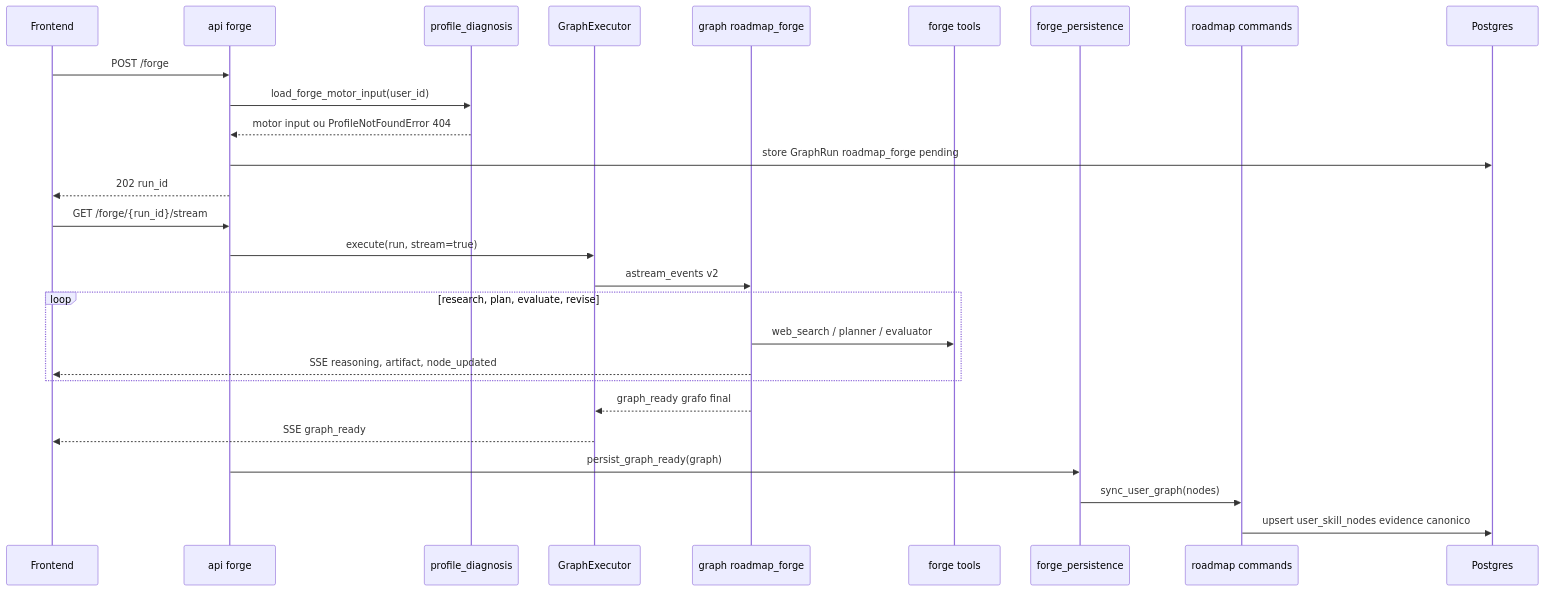
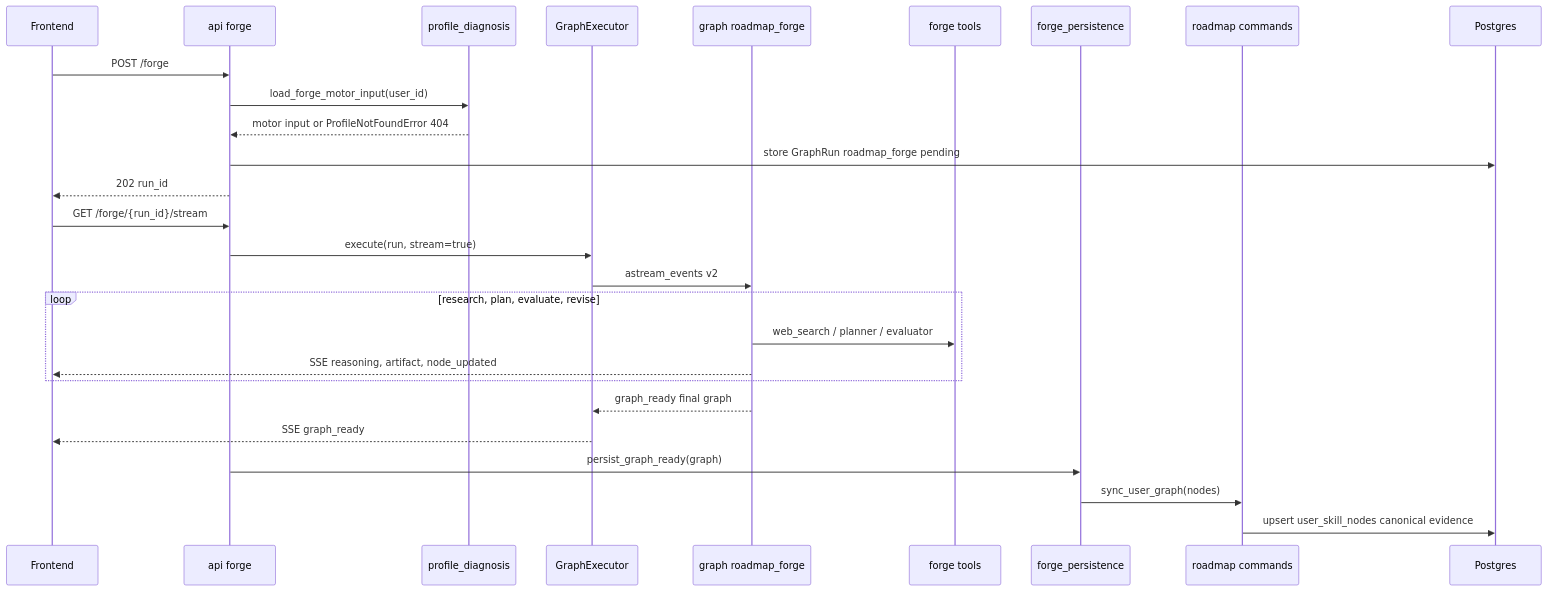
One commit to BorderlessCodingHub/career-forge-v2 changed the third of 9 diagrams in docs/ARCHITECTURE.md. Above: the diagram before and after it, drawn with Mermaid. The commit also changed other lines of this file and 24 other files, not shown here.

````diff
--- a/docs/ARCHITECTURE.md
+++ b/docs/ARCHITECTURE.md
@@ -215,31 +215,31 @@
 ```mermaid
 sequenceDiagram
   participant FE as Frontend
   participant R as api forge
   participant PD as profile_diagnosis
   participant EX as GraphExecutor
   participant GF as graph roadmap_forge
   participant TL as forge tools
   participant FP as forge_persistence
   participant CMD as roadmap commands
   participant DB as Postgres
 
   FE->>R: POST /forge
   R->>PD: load_forge_motor_input(user_id)
-  PD-->>R: motor input ou ProfileNotFoundError 404
+  PD-->>R: motor input or ProfileNotFoundError 404
   R->>DB: store GraphRun roadmap_forge pending
   R-->>FE: 202 run_id
 
   FE->>R: GET /forge/{run_id}/stream
   R->>EX: execute(run, stream=true)
   EX->>GF: astream_events v2
   loop research, plan, evaluate, revise
     GF->>TL: web_search / planner / evaluator
     GF-->>FE: SSE reasoning, artifact, node_updated
   end
-  GF-->>EX: graph_ready grafo final
+  GF-->>EX: graph_ready final graph
   EX-->>FE: SSE graph_ready
   R->>FP: persist_graph_ready(graph)
   FP->>CMD: sync_user_graph(nodes)
-  CMD->>DB: upsert user_skill_nodes evidence canonico
+  CMD->>DB: upsert user_skill_nodes canonical evidence
 ```
````
